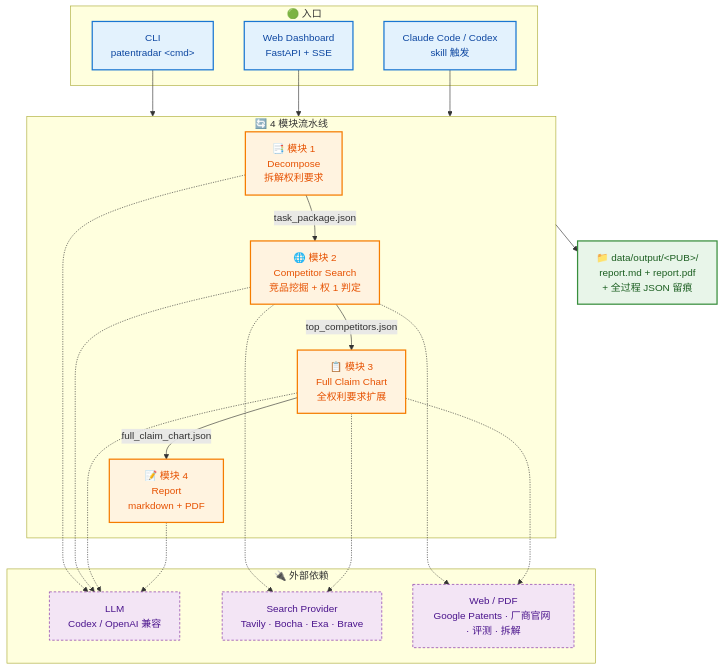
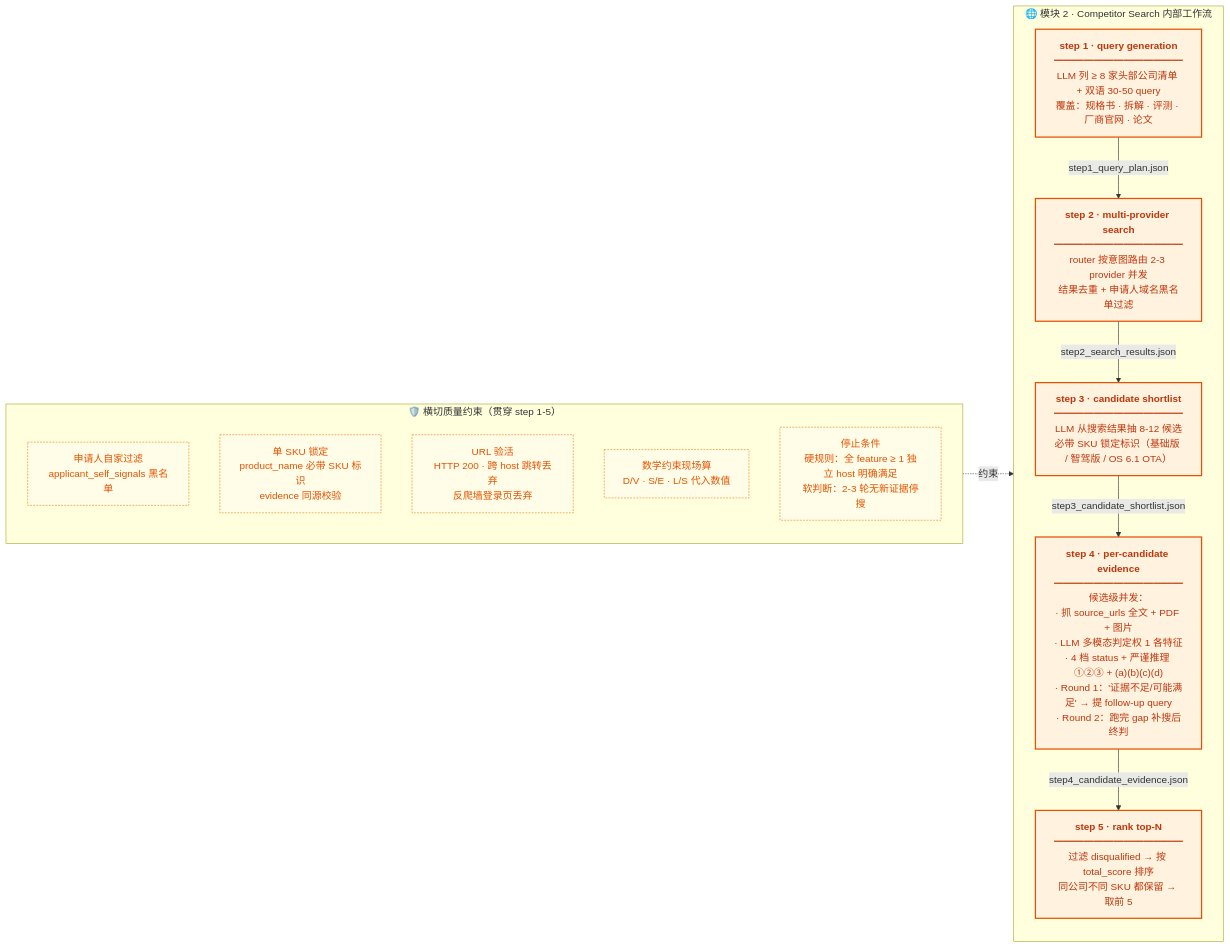
Before and after one commit to yuc16/PatentRadar: the second of 3 diagrams in README.md, drawn with Mermaid. The commit also changed other lines of this file and 6 other files, not shown here.

First line of the commit message:
src/prompts 与 .claude/skills 规则对齐 + README 架构图升级

````diff
--- a/README.md
+++ b/README.md
@@ -51,48 +156,32 @@
 ```mermaid
-graph TB
-    subgraph IN["🟢 入口"]
-        CLI["CLI<br/>patentradar &lt;cmd&gt;"]
-        WEB["Web Dashboard<br/>FastAPI + SSE"]
-        SKILL["Claude Code / Codex<br/>skill 触发"]
+flowchart LR
+    subgraph M2_DETAIL["🌐 模块 2 · Competitor Search 内部工作流"]
+        direction TB
+        S1["<b>step 1 · query generation</b><br/>━━━━━━━━━━━━━<br/>LLM 列 ≥ 8 家头部公司清单 + 双语 30-50 query<br/>覆盖：规格书 · 拆解 · 评测 · 厂商官网 · 论文"]
+        S2["<b>step 2 · multi-provider search</b><br/>━━━━━━━━━━━━━<br/>router 按意图路由 2-3 provider 并发<br/>结果去重 + 申请人域名黑名单过滤"]
+        S3["<b>step 3 · candidate shortlist</b><br/>━━━━━━━━━━━━━<br/>LLM 从搜索结果抽 8-12 候选<br/>必带 SKU 锁定标识（基础版 / 智驾版 / OS 6.1 OTA）"]
+        S4["<b>step 4 · per-candidate evidence</b><br/>━━━━━━━━━━━━━<br/>候选级并发：<br/>· 抓 source_urls 全文 + PDF + 图片<br/>· LLM 多模态判定权 1 各特征<br/>· 4 档 status + 严谨推理 ①②③ + (a)(b)(c)(d)<br/>· Round 1：'证据不足/可能满足' → 提 follow-up query<br/>· Round 2：跑完 gap 补搜后终判"]
+        S5["<b>step 5 · rank top-N</b><br/>━━━━━━━━━━━━━<br/>过滤 disqualified → 按 total_score 排序<br/>同公司不同 SKU 都保留 → 取前 5"]
+
+        S1 -->|step1_query_plan.json| S2
+        S2 -->|step2_search_results.json| S3
+        S3 -->|step3_candidate_shortlist.json| S4
+        S4 -->|step4_candidate_evidence.json| S5
     end
 
-    subgraph PIPE["🔄 4 模块流水线"]
-        M1["📑 模块 1<br/>Decompose<br/>拆解权利要求"]
-        M2["🌐 模块 2<br/>Competitor Search<br/>竞品挖掘 + 权 1 判定"]
-        M3["📋 模块 3<br/>Full Claim Chart<br/>全权利要求扩展"]
-        M4["📝 模块 4<br/>Report<br/>markdown + PDF"]
-        M1 -->|task_package.json| M2
-        M2 -->|top_competitors.json| M3
-        M3 -->|full_claim_chart.json| M4
+    subgraph QUALITY["🛡️ 横切质量约束（贯穿 step 1-5）"]
+        direction TB
+        Q1["申请人自家过滤<br/>applicant_self_signals 黑名单"]
+        Q2["单 SKU 锁定<br/>product_name 必带 SKU 标识<br/>evidence 同源校验"]
+        Q3["URL 验活<br/>HTTP 200 · 跨 host 跳转丢弃<br/>反爬墙登录页丢弃"]
+        Q4["数学约束现场算<br/>D/V · S/E · L/S 代入数值"]
+        Q5["停止条件<br/>硬规则：全 feature ≥ 1 独立 host 明确满足<br/>软判断：2-3 轮无新证据停搜"]
     end
 
-    subgraph EXT["🔌 外部依赖"]
-        LLM["LLM<br/>Codex / OpenAI 兼容"]
-        SE["Search Provider<br/>Tavily · Bocha · Exa · Brave"]
-        WEBPAGE["Web / PDF<br/>Google Patents · 厂商官网 · 评测 · 拆解"]
-    end
+    QUALITY -.约束.-> M2_DETAIL
 
-    OUT["📁 data/output/&lt;PUB&gt;/<br/>report.md + report.pdf<br/>+ 全过程 JSON 留痕"]
-
-    CLI --> PIPE
-    WEB --> PIPE
-    SKILL --> PIPE
-    M1 -.-> LLM
-    M2 -.-> LLM
-    M2 -.-> SE
-    M2 -.-> WEBPAGE
-    M3 -.-> LLM
-    M3 -.-> SE
-    M3 -.-> WEBPAGE
-    M4 -.-> LLM
-    PIPE --> OUT
-
-    classDef entry fill:#E3F2FD,stroke:#1976D2,color:#0D47A1,stroke-width:2px
-    classDef module fill:#FFF3E0,stroke:#F57C00,color:#E65100,stroke-width:2px
-    classDef ext fill:#F3E5F5,stroke:#7B1FA2,color:#4A148C,stroke-width:1px,stroke-dasharray:4 3
-    classDef output fill:#E8F5E9,stroke:#388E3C,color:#1B5E20,stroke-width:2px
-    class CLI,WEB,SKILL entry
-    class M1,M2,M3,M4 module
-    class LLM,SE,WEBPAGE ext
-    class OUT output
+    classDef step fill:#FFF3E0,stroke:#E65100,color:#BF360C,stroke-width:2px
+    classDef qc fill:#FFFDE7,stroke:#F57F17,color:#E65100,stroke-width:1px,stroke-dasharray:3 2
+    class S1,S2,S3,S4,S5 step
+    class Q1,Q2,Q3,Q4,Q5 qc
 ```
````
